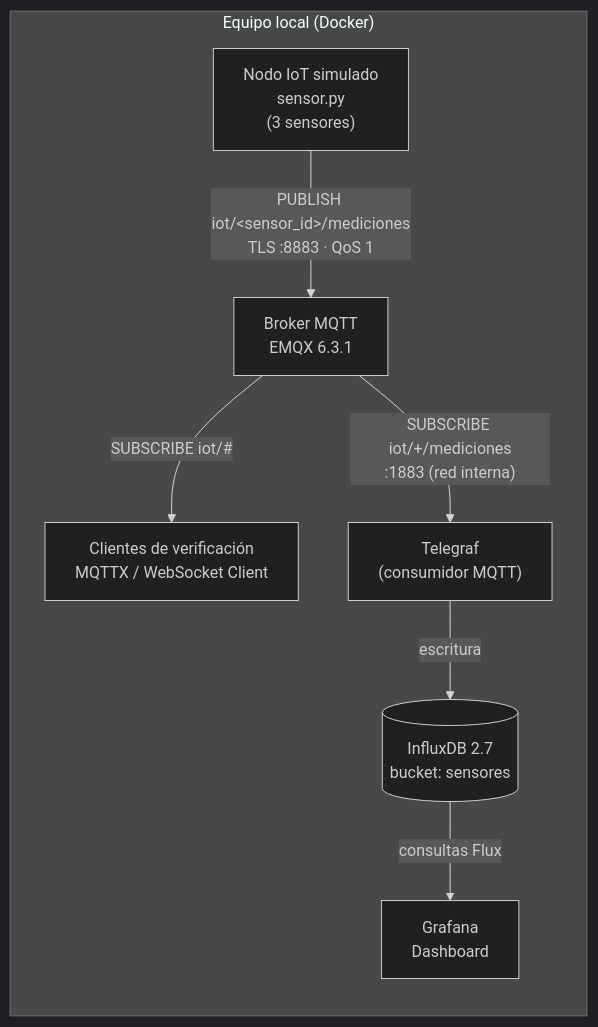
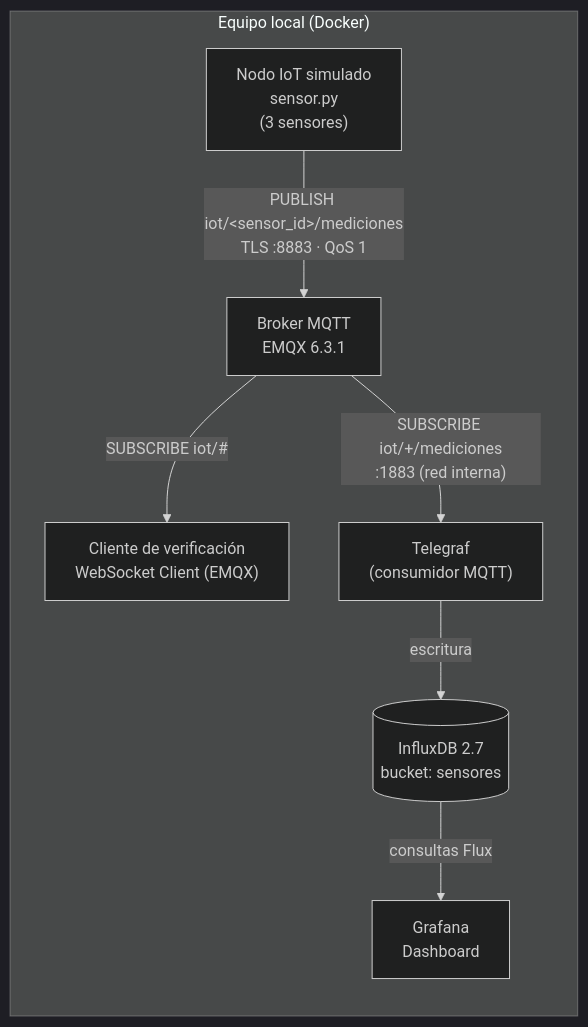
One commit to afrontcode/herramientas-dp-tic-ta3 changed the diagram in docs/INFORME.md. Above: the diagram before and after it, drawn with Mermaid (dark theme). The commit also changed other lines of this file and 1 other file, not shown here.

Commit message:
docs: usar captura del WebSocket Client como verificación y quitar captura del broker público

````diff
--- a/docs/INFORME.md
+++ b/docs/INFORME.md
@@ -14,17 +14,17 @@
 ```mermaid
 flowchart LR
     subgraph PC["Equipo local (Docker)"]
         S["Nodo IoT simulado<br/>sensor.py<br/>(3 sensores)"]
         B["Broker MQTT<br/>EMQX 6.3.1"]
         T["Telegraf<br/>(consumidor MQTT)"]
         I[("InfluxDB 2.7<br/>bucket: sensores")]
         G["Grafana<br/>Dashboard"]
-        C["Clientes de verificación<br/>MQTTX / WebSocket Client"]
+        C["Cliente de verificación<br/>WebSocket Client (EMQX)"]
     end
 
     S -- "PUBLISH iot/&lt;sensor_id&gt;/mediciones<br/>TLS :8883 · QoS 1" --> B
     B -- "SUBSCRIBE iot/#" --> C
     B -- "SUBSCRIBE iot/+/mediciones<br/>:1883 (red interna)" --> T
     T -- "escritura" --> I
     I -- "consultas Flux" --> G
 ```
````
